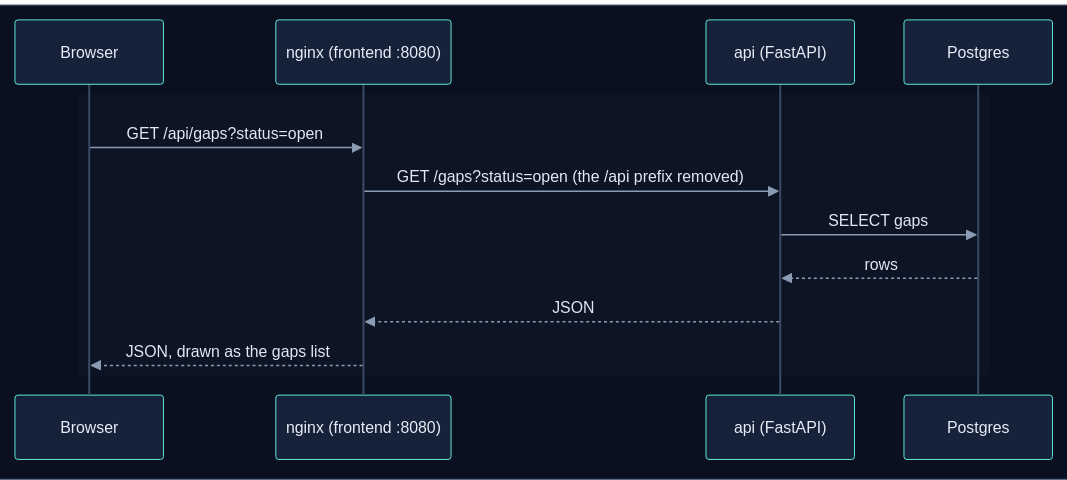
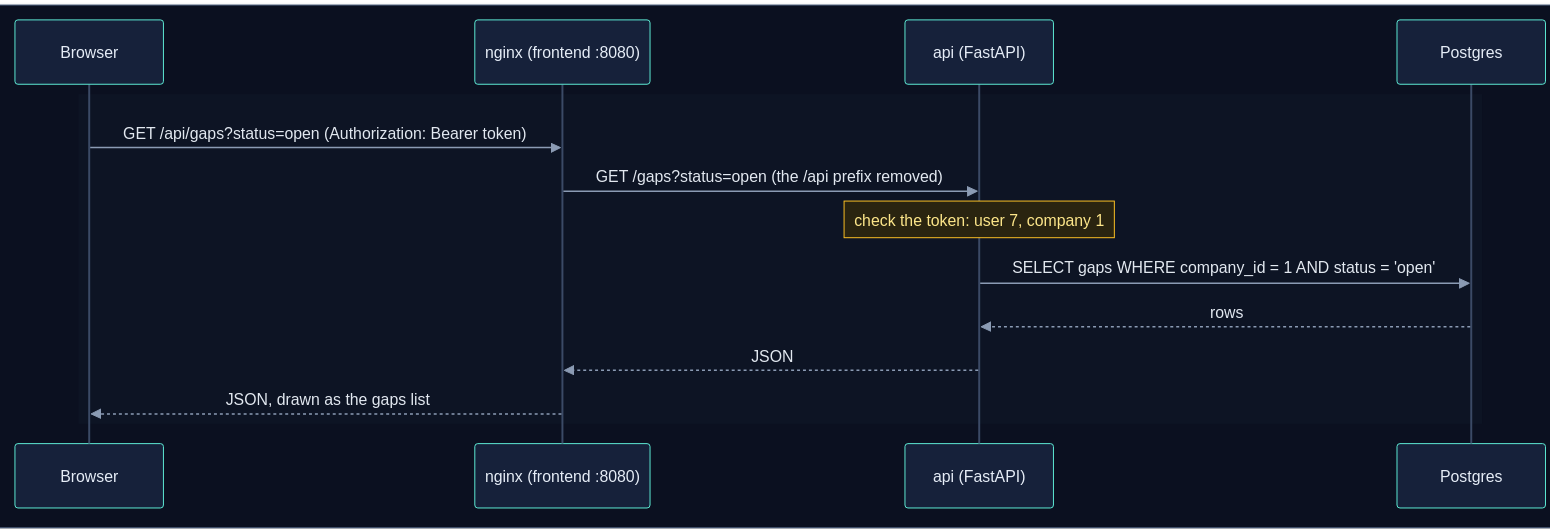
Diagram 19 of 22 in how_it_works.md (selvakumarperumal/Regulatory_Circular_Impact_Agent), drawn with Mermaid before and after one commit. The commit also changed other lines of this file and 8 other files, not shown here.

````diff
--- a/how_it_works.md
+++ b/how_it_works.md
@@ -1407,19 +1211,20 @@
 ```mermaid
 %%{init: {"theme": "base", "sequence": {"diagramMarginX": 0, "diagramMarginY": 0}, "themeVariables": {"darkMode": true, "primaryColor": "#16213a", "primaryTextColor": "#e6edf7", "primaryBorderColor": "#475a7a", "lineColor": "#8b9bb4", "secondaryColor": "#1b2436", "tertiaryColor": "#101a2e", "edgeLabelBackground": "#0f172a", "textColor": "#e2e8f0", "actorBkg": "#16213a", "actorBorder": "#5eead4", "actorTextColor": "#e6edf7", "actorLineColor": "#3b4a66", "signalColor": "#8b9bb4", "signalTextColor": "#e2e8f0", "noteBkgColor": "#2a2410", "noteBorderColor": "#fbbf24", "noteTextColor": "#fde68a", "labelBoxBkgColor": "#1e293b", "labelBoxBorderColor": "#64748b", "labelTextColor": "#e2e8f0", "loopTextColor": "#c4b5fd", "sequenceNumberColor": "#0b1020", "activationBkgColor": "#1e293b"}}}%%
 sequenceDiagram
     box rgb(11, 16, 32)
         participant B as Browser
         participant N as nginx (frontend :8080)
         participant A as api (FastAPI)
         participant DB as Postgres
     end
 
     rect rgb(13, 20, 36)
-        B->>N: GET /api/gaps?status=open
+        B->>N: GET /api/gaps?status=open (Authorization: Bearer token)
         N->>A: GET /gaps?status=open (the /api prefix removed)
-        A->>DB: SELECT gaps
+        Note over A: check the token: user 7, company 1
+        A->>DB: SELECT gaps WHERE company_id = 1 AND status = 'open'
         DB-->>A: rows
         A-->>N: JSON
         N-->>B: JSON, drawn as the gaps list
     end
 ```
````
